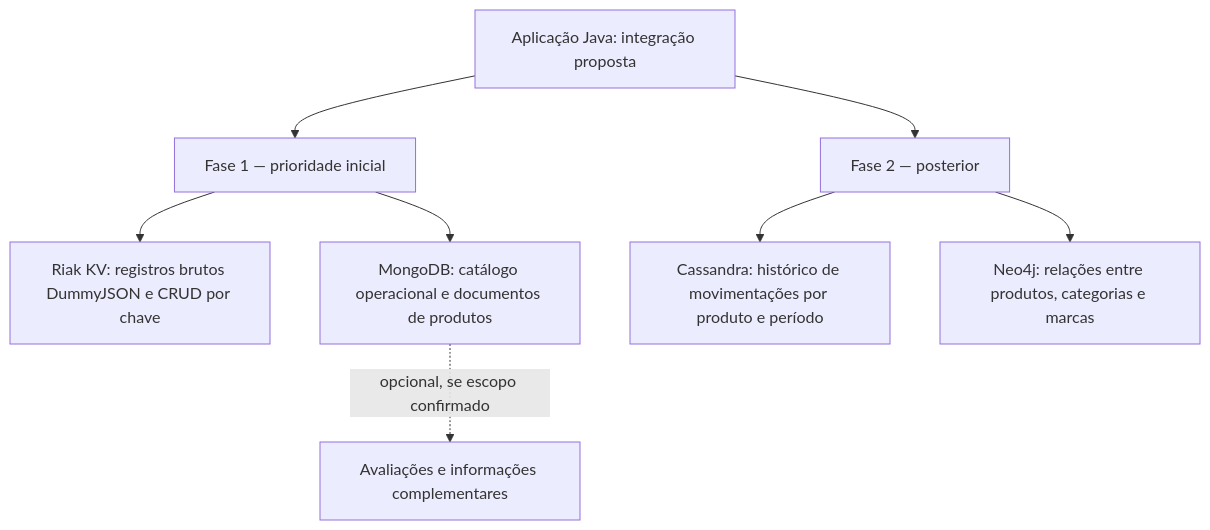
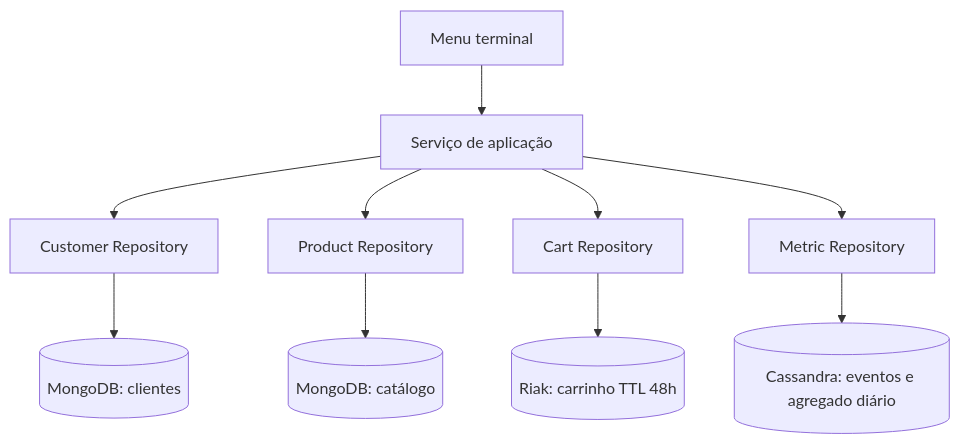
The fourth of 4 diagrams in docs/MODELAGEM_MERMAID.md (DEVguedes1/amazoff), drawn with Mermaid before and after one commit. The commit also changed other lines of this file and 23 other files, not shown here.

````diff
--- a/docs/MODELAGEM_MERMAID.md
+++ b/docs/MODELAGEM_MERMAID.md
@@ -127,10 +118,12 @@
 ```mermaid
 flowchart TB
-  APP[Aplicação Java: integração proposta] --> F1[Fase 1 — prioridade inicial]
-  APP --> F2[Fase 2 — posterior]
-  F1 --> R[Riak KV: registros brutos DummyJSON e CRUD por chave]
-  F1 --> M[MongoDB: catálogo operacional e documentos de produtos]
-  M -. opcional, se escopo confirmado .-> AV[Avaliações e informações complementares]
-  F2 --> C[Cassandra: histórico de movimentações por produto e período]
-  F2 --> N[Neo4j: relações entre produtos, categorias e marcas]
+  MENU[Menu terminal] --> SERVICE[Serviço de aplicação]
+  SERVICE --> CUSTOMER[Customer Repository]
+  SERVICE --> PRODUCT[Product Repository]
+  SERVICE --> CART[Cart Repository]
+  SERVICE --> METRIC[Metric Repository]
+  CUSTOMER --> M[(MongoDB: clientes)]
+  PRODUCT --> M2[(MongoDB: catálogo)]
+  CART --> R[(Riak: carrinho TTL 48h)]
+  METRIC --> C[(Cassandra: eventos e agregado diário)]
 ```
````
